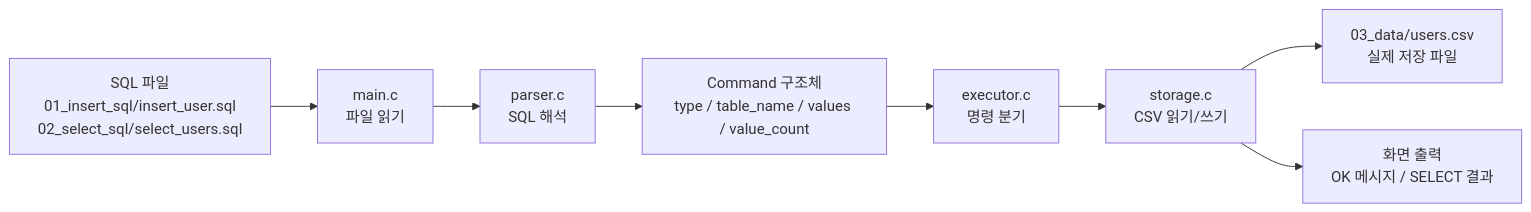
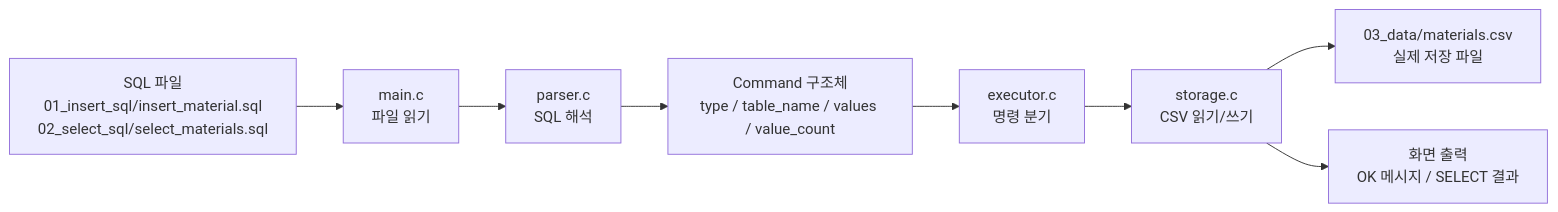
Before and after one commit to Jungle-12-303/week6-team2-mini-sql: the diagram in README.md, drawn with Mermaid. The commit also changed other lines of this file and 16 other files, not shown here.

````diff
--- a/README.md
+++ b/README.md
@@ -30,19 +30,19 @@
 ```mermaid
 flowchart LR
-    A["SQL 파일<br/>01_insert_sql/insert_user.sql<br/>02_select_sql/select_users.sql"]
+    A["SQL 파일<br/>01_insert_sql/insert_material.sql<br/>02_select_sql/select_materials.sql"]
     B["main.c<br/>파일 읽기"]
     C["parser.c<br/>SQL 해석"]
     D["Command 구조체<br/>type / table_name / values / value_count"]
     E["executor.c<br/>명령 분기"]
     F["storage.c<br/>CSV 읽기/쓰기"]
-    G["03_data/users.csv<br/>실제 저장 파일"]
+    G["03_data/materials.csv<br/>실제 저장 파일"]
     H["화면 출력<br/>OK 메시지 / SELECT 결과"]
 
     A --> B
     B --> C
     C --> D
     D --> E
     E --> F
     F --> G
     F --> H
 ```
````
